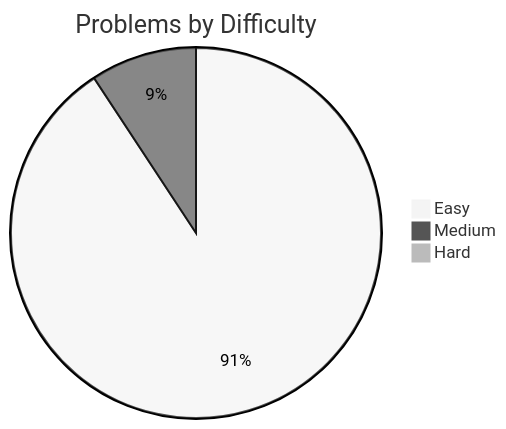
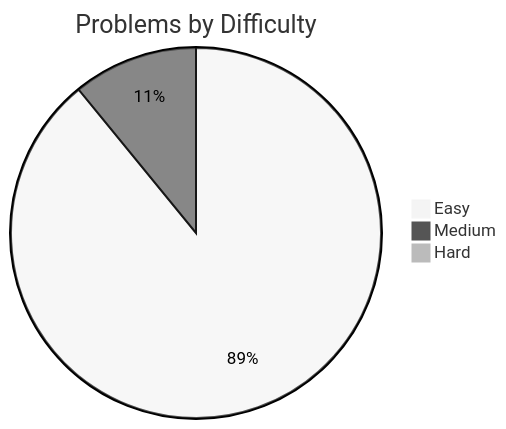
Before and after one commit to davelin18yufan/leetcode-journal: the diagram in README.md, drawn with Mermaid (neutral theme). The commit also changed other lines of this file and 4 other files, not shown here.

````diff
--- a/README.md
+++ b/README.md
@@ -7,7 +7,7 @@
 ```mermaid
 pie
     title Problems by Difficulty
     "Easy" : 49
-    "Medium" : 5
+    "Medium" : 6
     "Hard" : 0
 ```
````
